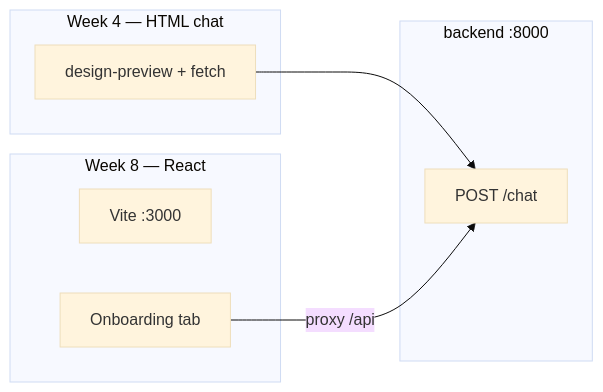
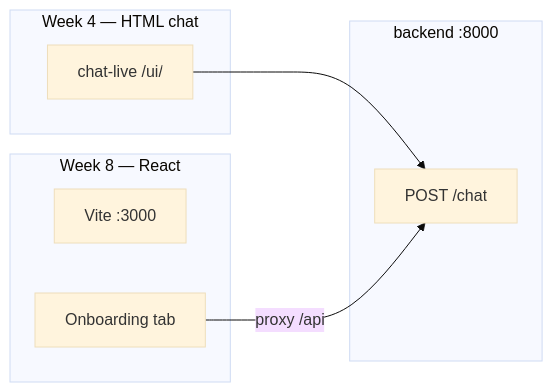
One commit to hodncgi/AMS changed the diagram in frontend/README.md. Above: the diagram before and after it, drawn with Mermaid (base theme). The commit also changed other lines of this file and 14 other files, not shown here.

First line of the commit message:
Close Week 3 and start Week 4 with live HTML chat UI.

````diff
--- a/frontend/README.md
+++ b/frontend/README.md
@@ -14,18 +26,18 @@
 ```mermaid
 flowchart LR
     subgraph W4["Week 4 — HTML chat"]
-        HTML[design-preview + fetch]
+        HTML[chat-live /ui/]
     end
 
     subgraph W8["Week 8 — React"]
         Vite[Vite :3000]
         Onb[Onboarding tab]
     end
 
     subgraph BE["backend :8000"]
         Chat[POST /chat]
     end
 
     HTML --> Chat
     Onb -->|proxy /api| Chat
 ```
````
